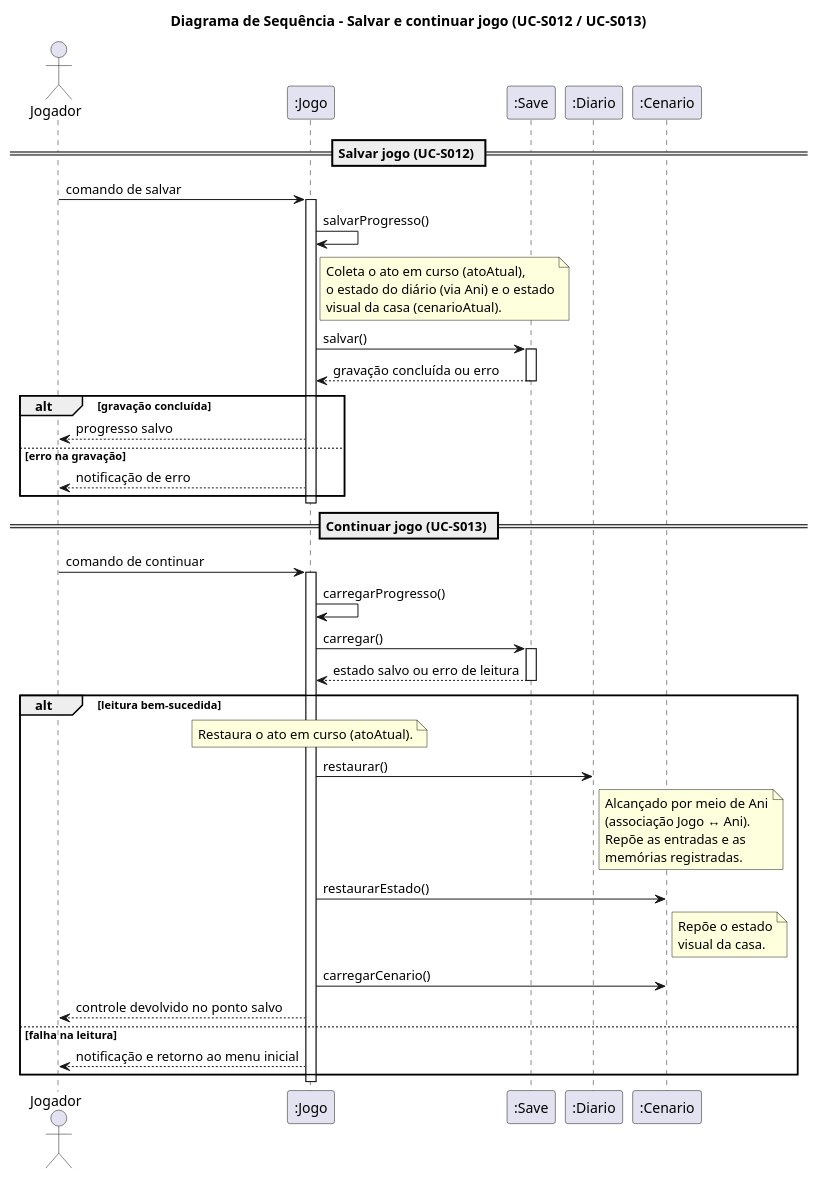
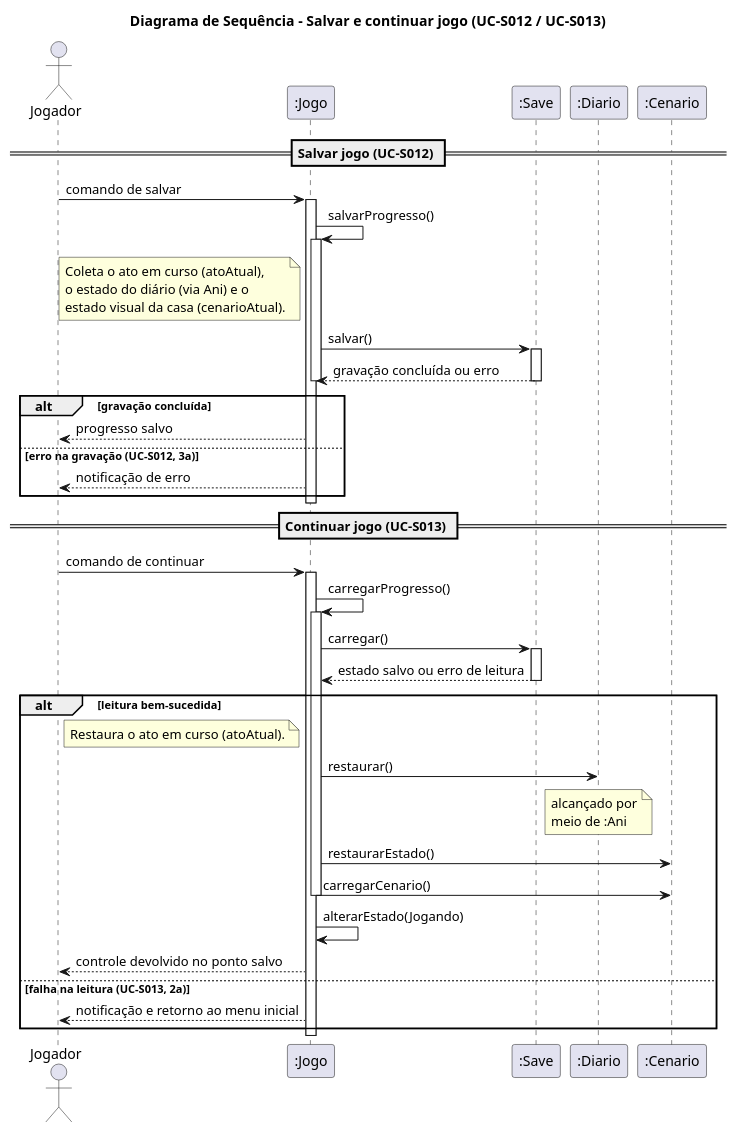
Before and after one commit to omatheusfaria/Ani: the diagram in docs/diagramas/sequencia-salvar-continuar.puml, drawn with PlantUML. The commit also changed 9 other files, not shown here.

Commit message:
Registra as correções do item 62 nos diagramas PlantUML e no texto do TG (alterações que estavam no working tree)

```diff
--- a/docs/diagramas/sequencia-salvar-continuar.puml
+++ b/docs/diagramas/sequencia-salvar-continuar.puml
@@ -1,50 +1,54 @@
 @startuml sequencia-salvar-continuar
 title Diagrama de Sequência – Salvar e continuar jogo (UC-S012 / UC-S013)
 
 actor Jogador
 participant ":Jogo" as Jogo
 participant ":Save" as Save
 participant ":Diario" as Diario
 participant ":Cenario" as Cen
 
 == Salvar jogo (UC-S012) ==
 Jogador -> Jogo : comando de salvar
 activate Jogo
 Jogo -> Jogo : salvarProgresso()
-note right of Jogo
+activate Jogo
+note left of Jogo
   Coleta o ato em curso (atoAtual),
-  o estado do diário (via Ani) e o estado
-  visual da casa (cenarioAtual).
+  o estado do diário (via Ani) e o
+  estado visual da casa (cenarioAtual).
 end note
 Jogo -> Save : salvar()
 activate Save
 Save --> Jogo : gravação concluída ou erro
 deactivate Save
+deactivate Jogo
 alt gravação concluída
   Jogo --> Jogador : progresso salvo
-else erro na gravação
+else erro na gravação (UC-S012, 3a)
   Jogo --> Jogador : notificação de erro
 end
 deactivate Jogo
 
 == Continuar jogo (UC-S013) ==
 Jogador -> Jogo : comando de continuar
 activate Jogo
 Jogo -> Jogo : carregarProgresso()
+activate Jogo
 Jogo -> Save : carregar()
 activate Save
 Save --> Jogo : estado salvo ou erro de leitura
 deactivate Save
 alt leitura bem-sucedida
-  note over Jogo : Restaura o ato em curso (atoAtual).
+  note left of Jogo : Restaura o ato em curso (atoAtual).
   Jogo -> Diario : restaurar()
-  note right of Diario : Alcançado por meio de Ani\n(associação Jogo ↔ Ani).\nRepõe as entradas e as\nmemórias registradas.
+  note over Diario : alcançado por\nmeio de :Ani
   Jogo -> Cen : restaurarEstado()
-  note right of Cen : Repõe o estado\nvisual da casa.
   Jogo -> Cen : carregarCenario()
+  deactivate Jogo
+  Jogo -> Jogo : alterarEstado(Jogando)
   Jogo --> Jogador : controle devolvido no ponto salvo
-else falha na leitura
+else falha na leitura (UC-S013, 2a)
   Jogo --> Jogador : notificação e retorno ao menu inicial
 end
 deactivate Jogo
 @enduml
```
